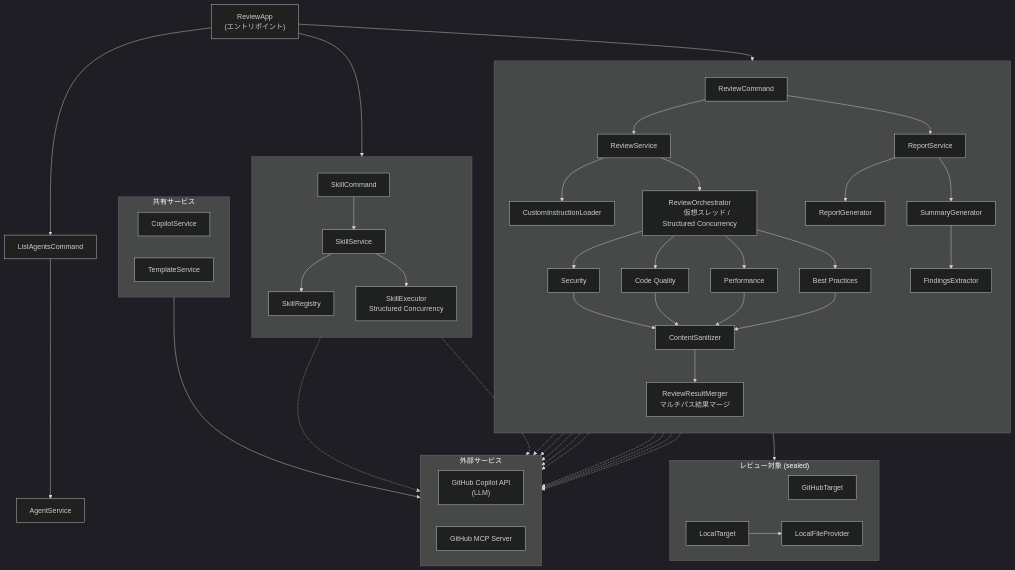
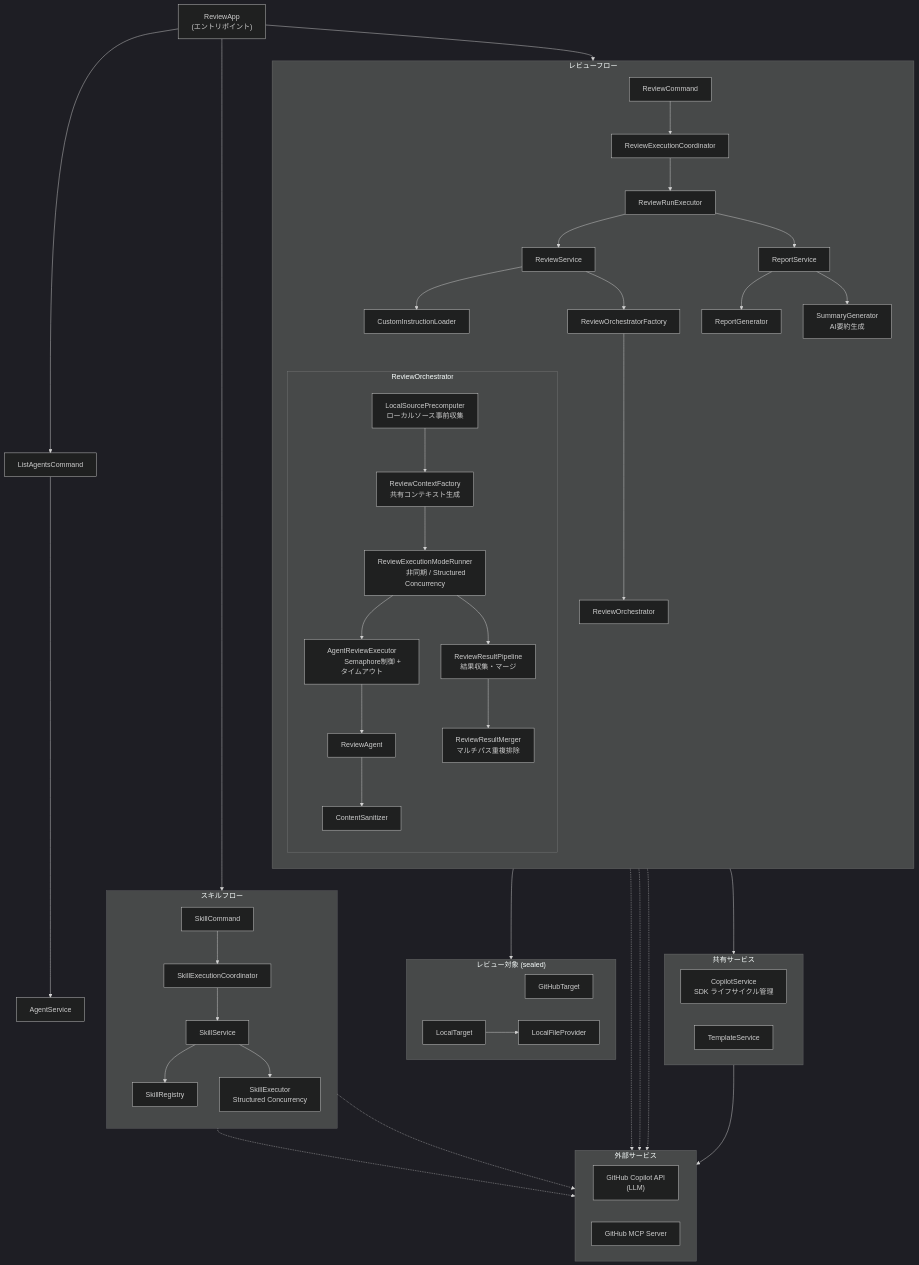
One commit to anishi1222/multi-agent-code-reviewer-java changed the diagram in README_ja.md. Above: the diagram before and after it, drawn with Mermaid (dark theme). The commit also changed 1 other file, not shown here.

Commit message:
docs: update architecture diagrams to reflect refactored codebase
- Show ReviewCommand → ReviewExecutionCoordinator → ReviewRunExecutor chain
- Add ReviewOrchestrator internal components: LocalSourcePrecomputer,
  ReviewContextFactory, ReviewExecutionModeRunner, AgentReviewExecutor,
  ReviewResultPipeline
- Show ReviewAgent → ContentSanitizer flow within orchestrator
- Add ReviewResultMerger as part of ReviewResultPipeline
- Show SkillCommand → SkillExecutionCoordinator → SkillService chain
- Show CopilotService SDK lifecycle management
- Show ReviewExecutionCoordinator → CopilotService dependency
- Remove outdated direct agent nodes (Security/CodeQuality/etc.)
  in favor of generic ReviewAgent

```diff
--- a/README_ja.md
+++ b/README_ja.md
@@ -652,36 +652,54 @@
     ReviewApp --> ListAgentsCommand
     ReviewApp --> SkillCommand
 
-    %% ── レビューフロー（左） ──
-    subgraph ReviewFlow[" "]
+    %% ── レビューフロー ──
+    subgraph ReviewFlow["レビューフロー"]
         direction TB
-        ReviewCommand --> ReviewService
-        ReviewService --> CustomInstructionLoader[CustomInstructionLoader]
-        ReviewService --> ReviewOrchestrator["ReviewOrchestrator
-        仮想スレッド / Structured Concurrency"]
+        ReviewCommand --> ReviewExecutionCoordinator
+        ReviewExecutionCoordinator --> ReviewRunExecutor
 
-        ReviewOrchestrator --> Security[Security]
-        ReviewOrchestrator --> CodeQuality[Code Quality]
-        ReviewOrchestrator --> Performance[Performance]
-        ReviewOrchestrator --> BestPractices[Best Practices]
+        ReviewRunExecutor --> ReviewService
+        ReviewService --> CustomInstructionLoader
+        ReviewService --> ReviewOrchestratorFactory
+        ReviewOrchestratorFactory --> ReviewOrchestrator
 
-        Security & CodeQuality & Performance & BestPractices --> ContentSanitizer
-        ContentSanitizer --> ReviewResultMerger["ReviewResultMerger
-        マルチパス結果マージ"]
+        subgraph Orchestrator["ReviewOrchestrator"]
+            direction TB
+            LocalSourcePrecomputer["LocalSourcePrecomputer
+            ローカルソース事前収集"]
+            ReviewContextFactory["ReviewContextFactory
+            共有コンテキスト生成"]
+            ReviewExecutionModeRunner["ReviewExecutionModeRunner
+            非同期 / Structured Concurrency"]
+            AgentReviewExecutor["AgentReviewExecutor
+            Semaphore制御 + タイムアウト"]
+            ReviewResultPipeline["ReviewResultPipeline
+            結果収集・マージ"]
 
-        ReviewCommand --> ReportService
+            LocalSourcePrecomputer --> ReviewContextFactory
+            ReviewContextFactory --> ReviewExecutionModeRunner
+            ReviewExecutionModeRunner --> AgentReviewExecutor
+            AgentReviewExecutor --> ReviewAgent
+            ReviewAgent --> ContentSanitizer
+            ReviewExecutionModeRunner --> ReviewResultPipeline
+            ReviewResultPipeline --> ReviewResultMerger["ReviewResultMerger
+            マルチパス重複排除"]
+        end
+
+        ReviewRunExecutor --> ReportService
         ReportService --> ReportGenerator
-        ReportService --> SummaryGenerator
-        SummaryGenerator --> FindingsExtractor
+        ReportService --> SummaryGenerator["SummaryGenerator
+        AI要約生成"]
     end
 
-    %% ── 一覧フロー（中央） ──
+    %% ── 一覧フロー ──
     ListAgentsCommand --> AgentService
 
-    %% ── スキルフロー（右） ──
-    subgraph SkillFlow[" "]
+    %% ── スキルフロー ──
+    subgraph SkillFlow["スキルフロー"]
         direction TB
-        SkillCommand --> SkillService
+        SkillCommand --> SkillExecutionCoordinator
+        SkillExecutionCoordinator --> SkillService
         SkillService --> SkillRegistry
         SkillService --> SkillExecutor["SkillExecutor
         Structured Concurrency"]
@@ -698,9 +716,12 @@
     %% ── 共有サービス ──
     subgraph Shared["共有サービス"]
         direction LR
-        CopilotService
+        CopilotService["CopilotService
+        SDK ライフサイクル管理"]
         TemplateService
     end
+
+    ReviewExecutionCoordinator --> CopilotService
 
     %% ── 外部サービス ──
     subgraph External["外部サービス"]
@@ -711,8 +732,8 @@
     end
 
     CopilotService --> CopilotAPI
-    Security & CodeQuality & Performance & BestPractices -.-> CopilotAPI
-    Security & CodeQuality & Performance & BestPractices -.-> GitHubMCP
+    ReviewAgent -.-> CopilotAPI
+    ReviewAgent -.-> GitHubMCP
     SkillExecutor -.-> CopilotAPI
     SkillExecutor -.-> GitHubMCP
     SummaryGenerator -.-> CopilotAPI
```
